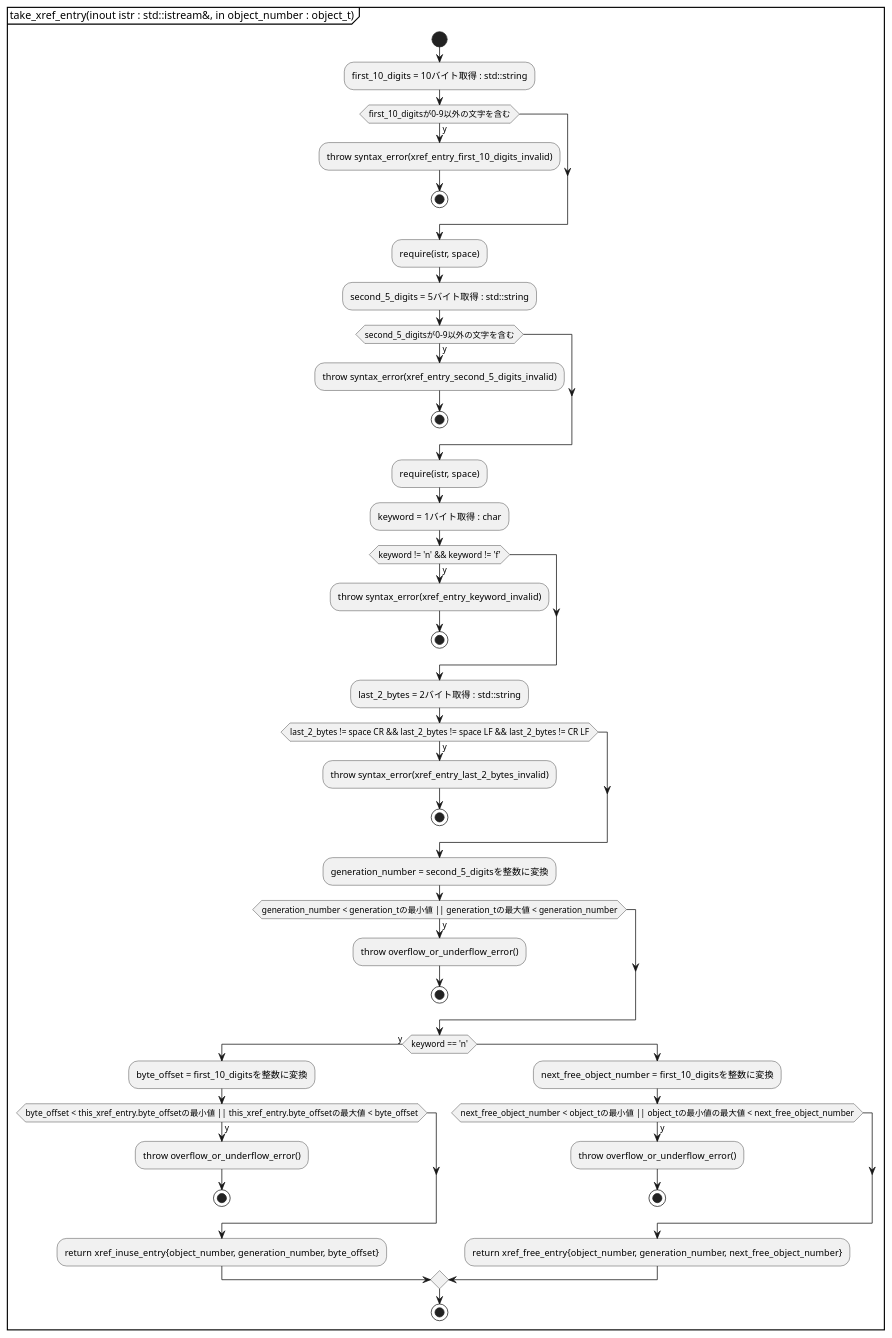
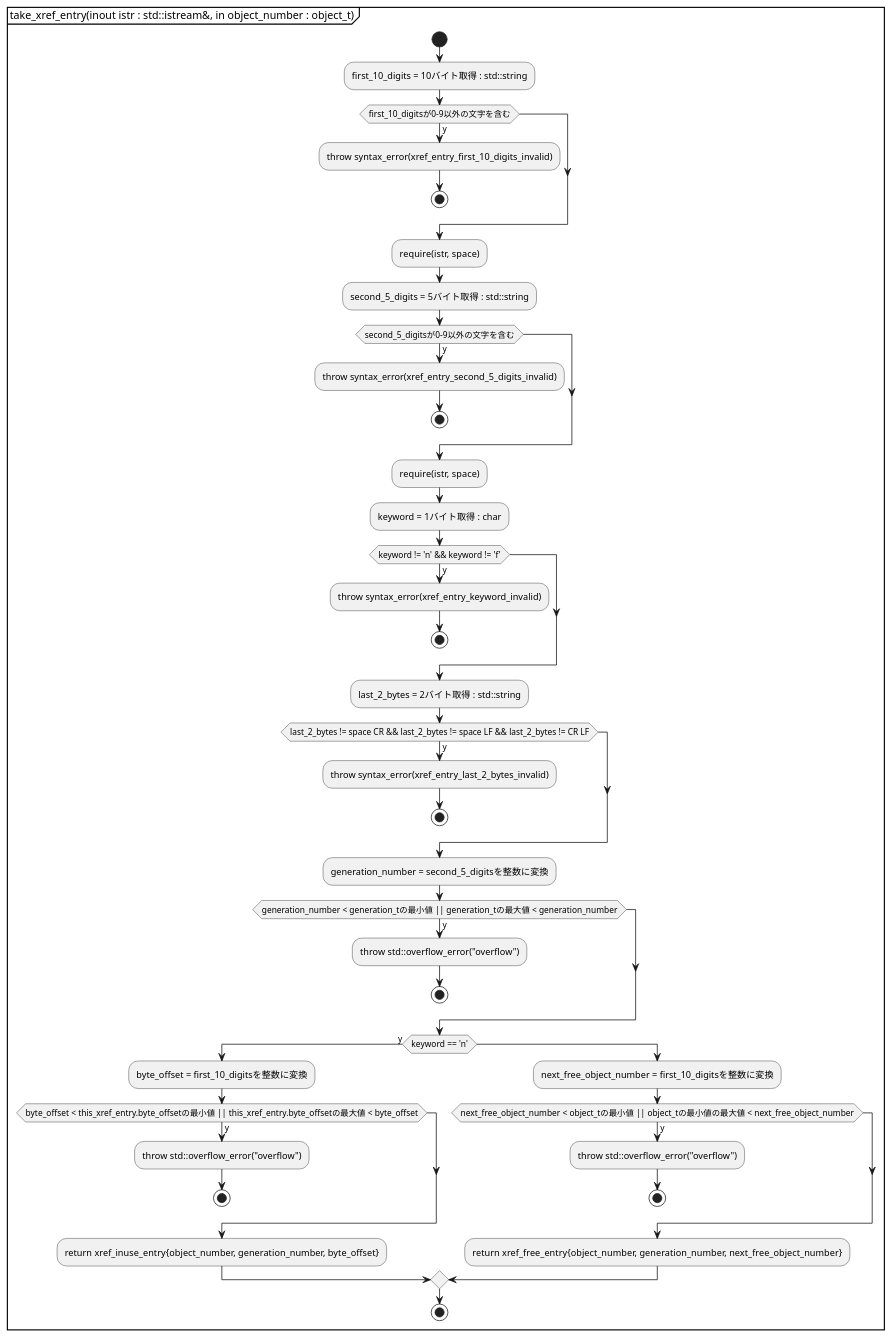
One commit to KodaiYM/PDFReader changed the seventh of 11 diagrams in document/parser.activity.pu. Above: the diagram before and after it, drawn with PlantUML. The commit also changed other lines of this file and 5 other files, not shown here.

Commit message:
s/overflow_or_underflow_error/std::overflow_error/

```diff
--- a/document/parser.activity.pu
+++ b/document/parser.activity.pu
@@ -114,49 +114,49 @@
 @startuml take_xref_entry
 partition "take_xref_entry(inout istr : std::istream&, in object_number : object_t)" {
 start
 	:first_10_digits = 10バイト取得 : std::string;
 	if (first_10_digitsが0-9以外の文字を含む) then (y)
 		:throw syntax_error(xref_entry_first_10_digits_invalid);
 		stop
 	endif
 	:require(istr, space);
 	:second_5_digits = 5バイト取得 : std::string;
 	if (second_5_digitsが0-9以外の文字を含む) then (y)
 		:throw syntax_error(xref_entry_second_5_digits_invalid);
 		stop
 	endif
 	:require(istr, space);
 	:keyword = 1バイト取得 : char;
 	if (keyword != 'n' && keyword != 'f') then (y)
 		:throw syntax_error(xref_entry_keyword_invalid);
 		stop
 	endif
 	:last_2_bytes = 2バイト取得 : std::string;
 	if (last_2_bytes != space CR && last_2_bytes != space LF && last_2_bytes != CR LF) then (y)
 		:throw syntax_error(xref_entry_last_2_bytes_invalid);
 		stop
 	endif
 
 	:generation_number = second_5_digitsを整数に変換;
 	if (generation_number < generation_tの最小値 || generation_tの最大値 < generation_number) then (y)
-		:throw overflow_or_underflow_error();
+		:throw std::overflow_error("overflow");
 		stop
 	endif
 	if (keyword == 'n') then (y)
 		:byte_offset = first_10_digitsを整数に変換;
 		if (byte_offset < this_xref_entry.byte_offsetの最小値 || this_xref_entry.byte_offsetの最大値 < byte_offset) then (y)
-			:throw overflow_or_underflow_error();
+			:throw std::overflow_error("overflow");
 			stop
 		endif
 		:return xref_inuse_entry{object_number, generation_number, byte_offset};
 	else
 		:next_free_object_number = first_10_digitsを整数に変換;
 		if (next_free_object_number < object_tの最小値 || object_tの最小値の最大値 < next_free_object_number) then (y)
-			:throw overflow_or_underflow_error();
+			:throw std::overflow_error("overflow");
 			stop
 		endif
 		:return xref_free_entry{object_number, generation_number, next_free_object_number};
 	endif
 stop
 }
 @enduml
```
